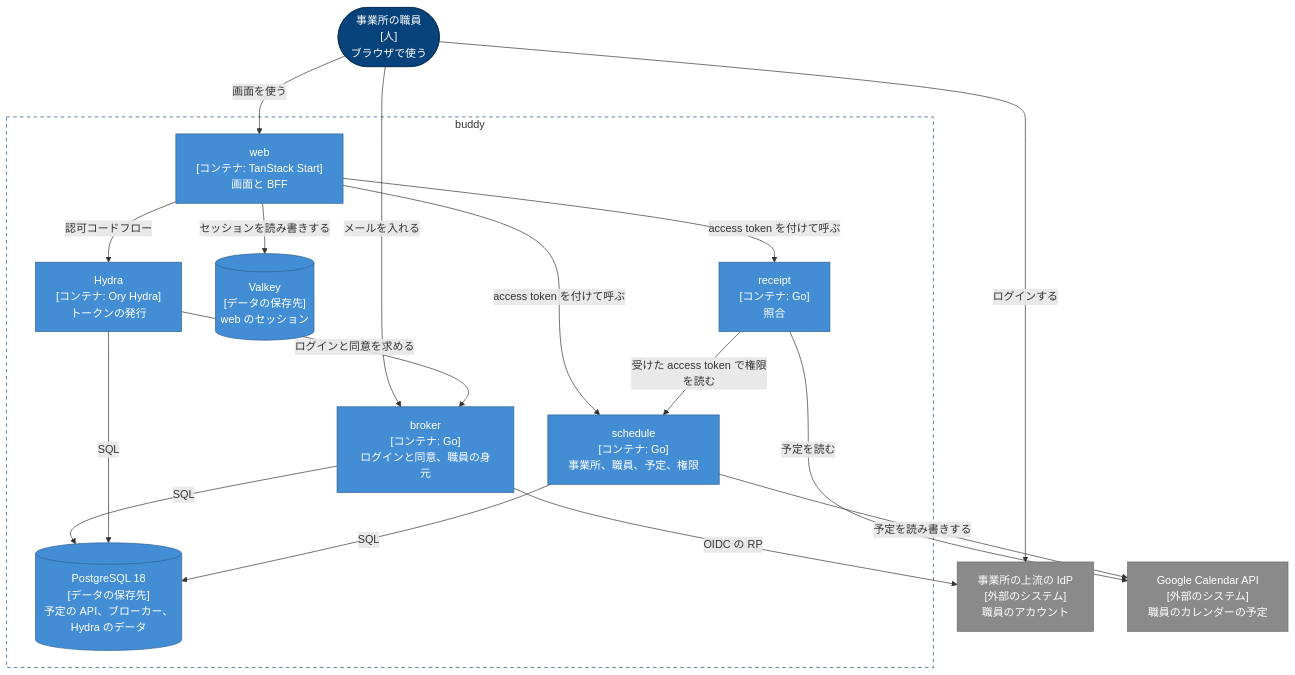
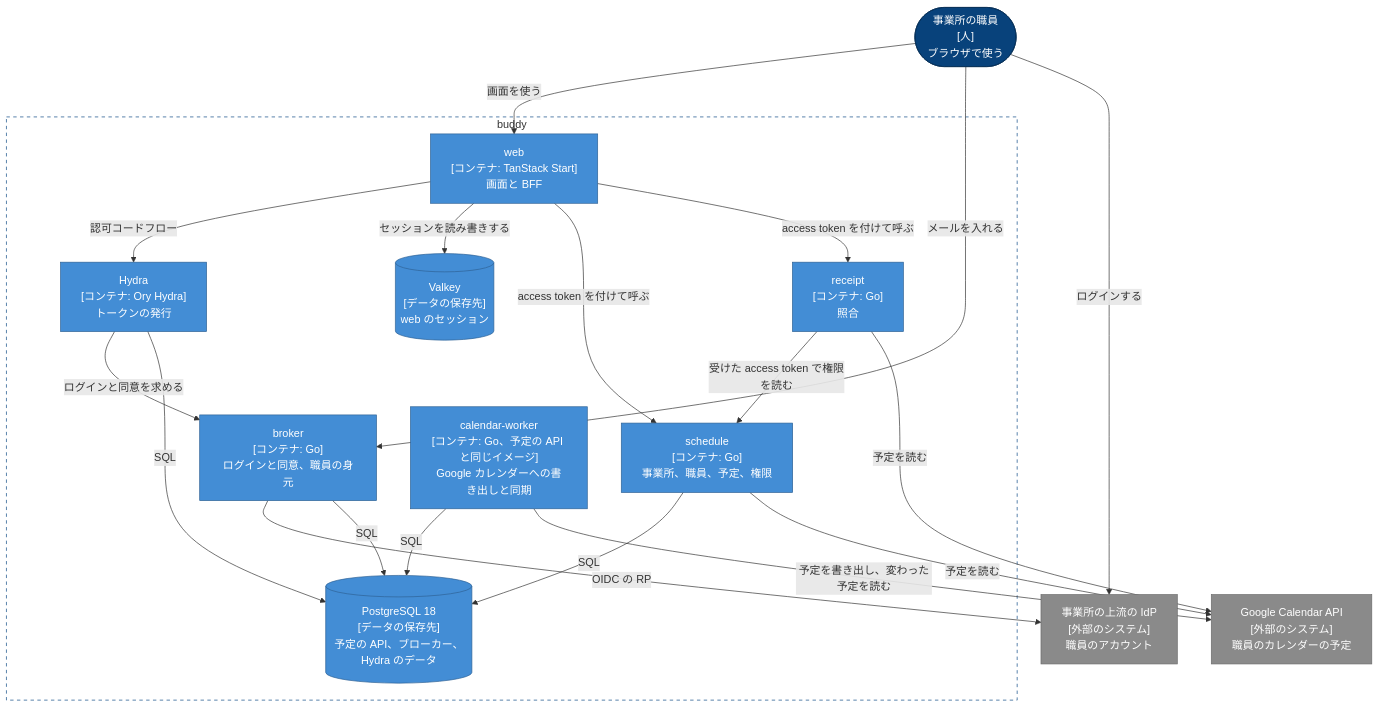
Before and after one commit to Fukuemon/buddy: the diagram in docs/design/DesignDoc.md, drawn with Mermaid. The commit also changed other lines of this file and 1 other file, not shown here.

Commit message:
docs(design): 全体像の Design Doc に calendar-worker を書き、目次に ID ブローカーを足す #686

````diff
--- a/docs/design/DesignDoc.md
+++ b/docs/design/DesignDoc.md
@@ -46,37 +46,40 @@
 ```mermaid
 flowchart TB
   staff(["事業所の職員<br/>[人]<br/>ブラウザで使う"])
   upstream["事業所の上流の IdP<br/>[外部のシステム]<br/>職員のアカウント"]
   subgraph buddy["buddy"]
     hydra["Hydra<br/>[コンテナ: Ory Hydra]<br/>トークンの発行"]
     broker["broker<br/>[コンテナ: Go]<br/>ログインと同意、職員の身元"]
     web["web<br/>[コンテナ: TanStack Start]<br/>画面と BFF"]
     valkey[("Valkey<br/>[データの保存先]<br/>web のセッション")]
     schedule["schedule<br/>[コンテナ: Go]<br/>事業所、職員、予定、権限"]
+    worker["calendar-worker<br/>[コンテナ: Go、予定の API と同じイメージ]<br/>Google カレンダーへの書き出しと同期"]
     receipt["receipt<br/>[コンテナ: Go]<br/>照合"]
     postgres[("PostgreSQL 18<br/>[データの保存先]<br/>予定の API、ブローカー、Hydra のデータ")]
   end
   gcal["Google Calendar API<br/>[外部のシステム]<br/>職員のカレンダーの予定"]
   staff -- "画面を使う" --> web
   staff -- "メールを入れる" --> broker
   staff -- "ログインする" --> upstream
   web -- "認可コードフロー" --> hydra
   hydra -- "ログインと同意を求める" --> broker
   broker -- "OIDC の RP" --> upstream
   broker -- "SQL" --> postgres
   hydra -- "SQL" --> postgres
   web -- "セッションを読み書きする" --> valkey
   web -- "access token を付けて呼ぶ" --> schedule
   web -- "access token を付けて呼ぶ" --> receipt
   receipt -- "受けた access token で権限を読む" --> schedule
   schedule -- "SQL" --> postgres
   receipt -- "予定を読む" --> gcal
-  schedule -- "予定を読み書きする" --> gcal
+  schedule -- "予定を読む" --> gcal
+  worker -- "SQL" --> postgres
+  worker -- "予定を書き出し、変わった予定を読む" --> gcal
   classDef person fill:#08427b,stroke:#052e56,color:#fff
   classDef container fill:#438dd5,stroke:#2e6295,color:#fff
   classDef external fill:#8a8a8a,stroke:#6b6b6b,color:#fff
   class staff person
-  class hydra,broker,web,valkey,schedule,receipt,postgres container
+  class hydra,broker,web,valkey,schedule,worker,receipt,postgres container
   class upstream,gcal external
   style buddy fill:none,stroke:#0b4884,stroke-dasharray:5 5
 ```
````
